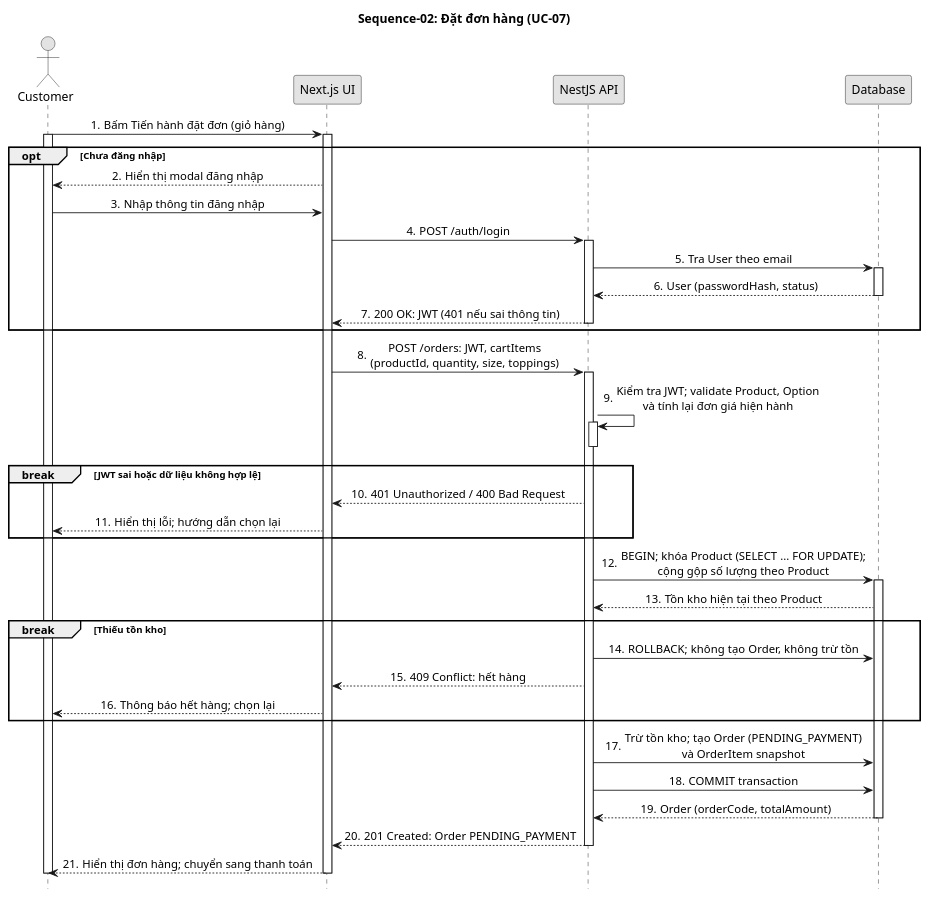
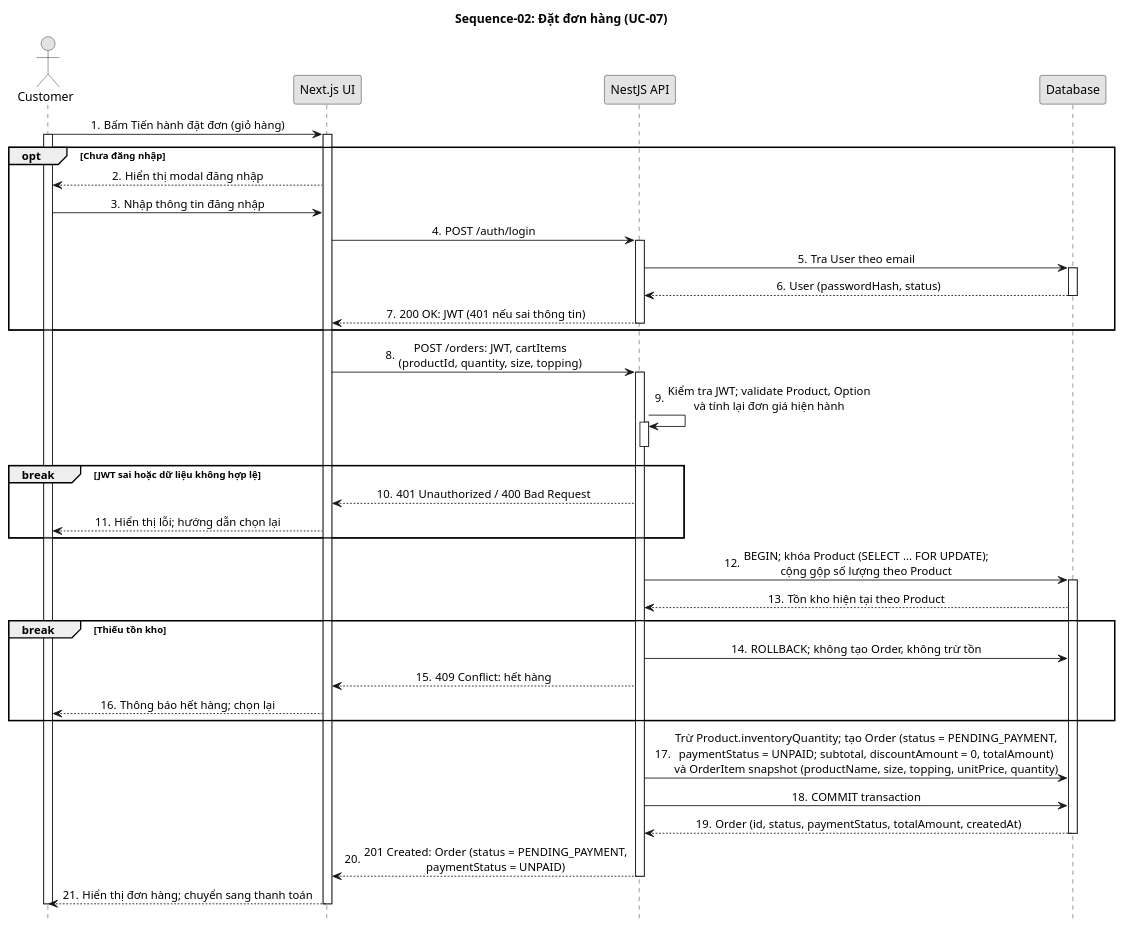
The diagram in docs/diagrams/sources/sequence-create-order.puml (mhien06/BrewLite_A2), drawn with PlantUML before and after one commit. The commit also changed 6 other files, not shown here.

Commit message:
fix(task2.2): sync sequence diagrams with domain class diagram

```diff
--- a/docs/diagrams/sources/sequence-create-order.puml
+++ b/docs/diagrams/sources/sequence-create-order.puml
@@ -1,62 +1,62 @@
 @startuml
 title Sequence-02: Đặt đơn hàng (UC-07)
 hide footbox
 skinparam monochrome true
 skinparam sequenceMessageAlign center
 skinparam responseMessageBelowArrow false
 autonumber "0."
 
 actor Customer
 participant "Next.js UI" as UI
 participant "NestJS API" as API
 participant "Database" as DB
 
 Customer -> UI: Bấm Tiến hành đặt đơn (giỏ hàng)
 activate Customer
 activate UI
 
 opt Chưa đăng nhập
   UI --> Customer: Hiển thị modal đăng nhập
   Customer -> UI: Nhập thông tin đăng nhập
   UI -> API: POST /auth/login
   activate API
   API -> DB: Tra User theo email
   activate DB
   DB --> API: User (passwordHash, status)
   deactivate DB
   API --> UI: 200 OK: JWT (401 nếu sai thông tin)
   deactivate API
 end
 
-UI -> API: POST /orders: JWT, cartItems\n(productId, quantity, size, toppings)
+UI -> API: POST /orders: JWT, cartItems\n(productId, quantity, size, topping)
 activate API
 
 API -> API: Kiểm tra JWT; validate Product, Option\nvà tính lại đơn giá hiện hành
 activate API
 deactivate API
 
 break JWT sai hoặc dữ liệu không hợp lệ
   API --> UI: 401 Unauthorized / 400 Bad Request
   UI --> Customer: Hiển thị lỗi; hướng dẫn chọn lại
 end
 
 API -> DB: BEGIN; khóa Product (SELECT ... FOR UPDATE);\ncộng gộp số lượng theo Product
 activate DB
 DB --> API: Tồn kho hiện tại theo Product
 
 break Thiếu tồn kho
   API -> DB: ROLLBACK; không tạo Order, không trừ tồn
   API --> UI: 409 Conflict: hết hàng
   UI --> Customer: Thông báo hết hàng; chọn lại
 end
 
-API -> DB: Trừ tồn kho; tạo Order (PENDING_PAYMENT)\nvà OrderItem snapshot
+API -> DB: Trừ Product.inventoryQuantity; tạo Order (status = PENDING_PAYMENT,\npaymentStatus = UNPAID; subtotal, discountAmount = 0, totalAmount)\nvà OrderItem snapshot (productName, size, topping, unitPrice, quantity)
 API -> DB: COMMIT transaction
-DB --> API: Order (orderCode, totalAmount)
+DB --> API: Order (id, status, paymentStatus, totalAmount, createdAt)
 deactivate DB
-API --> UI: 201 Created: Order PENDING_PAYMENT
+API --> UI: 201 Created: Order (status = PENDING_PAYMENT,\npaymentStatus = UNPAID)
 deactivate API
 UI --> Customer: Hiển thị đơn hàng; chuyển sang thanh toán
 deactivate UI
 deactivate Customer
 @enduml
```
